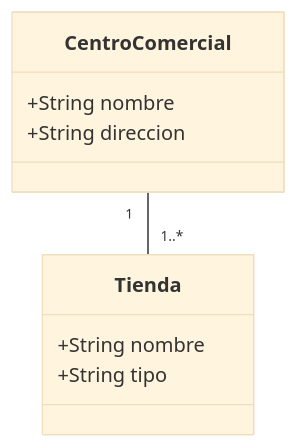
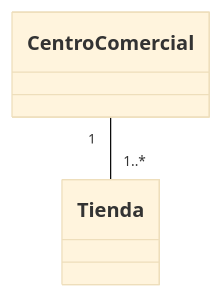
One commit to abelcm2001/Bateria_de_ejercicios changed the fourth of 5 diagrams in README.md. Above: the diagram before and after it, drawn with Mermaid (base theme). The commit also changed other lines of this file, not shown here.

Commit message:
Adding exercise 5 and remove attributes from class diagrams in README

````diff
--- a/README.md
+++ b/README.md
@@ -63,17 +62,15 @@
 ```mermaid
 
 
 classDiagram
     class CentroComercial {
-        +String nombre
-        +String direccion
+       
     }
 
     class Tienda {
-        +String nombre
-        +String tipo
+        
     }
 
     CentroComercial "1" -- "1..*" Tienda
 
 ```
````
